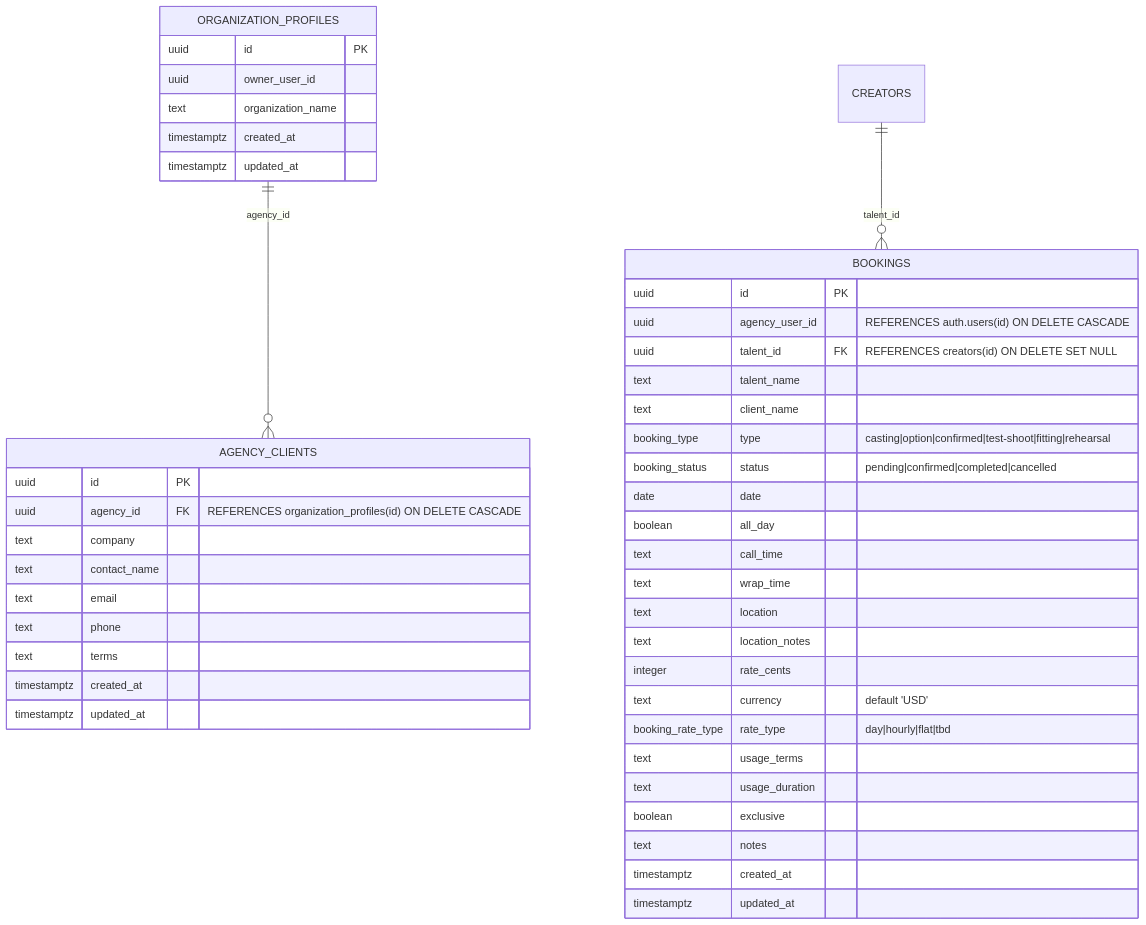
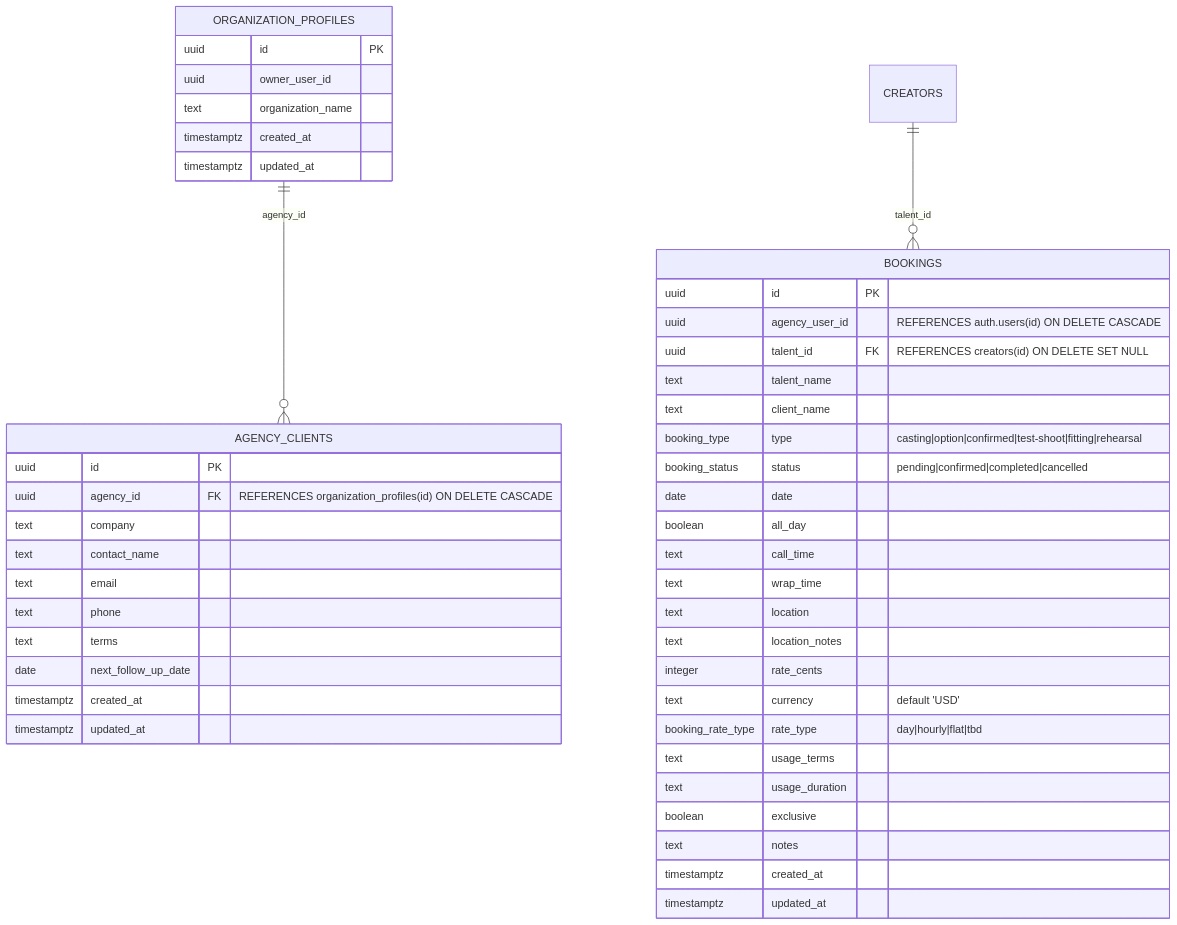
The second of 4 diagrams in docs/er-diagram.md (ADORSYS-GIS/likelee-ai), drawn with Mermaid before and after one commit. The commit also changed other lines of this file and 21 other files, not shown here.

Commit message:
feat: Centralize error handling with new backend sanitization and frontend parsing, fix missing `next_follow_up_date` column, and refine API client paths.

````diff
--- a/docs/er-diagram.md
+++ b/docs/er-diagram.md
@@ -348,50 +348,51 @@
 ```mermaid
 erDiagram
   ORGANIZATION_PROFILES {
     uuid id PK
     uuid owner_user_id
     text organization_name
     timestamptz created_at
     timestamptz updated_at
   }
 
   AGENCY_CLIENTS {
     uuid id PK
     uuid agency_id FK "REFERENCES organization_profiles(id) ON DELETE CASCADE"
     text company
     text contact_name
     text email
     text phone
     text terms
+    date next_follow_up_date
     timestamptz created_at
     timestamptz updated_at
   }
 
   BOOKINGS {
     uuid id PK
     uuid agency_user_id "REFERENCES auth.users(id) ON DELETE CASCADE"
     uuid talent_id FK "REFERENCES creators(id) ON DELETE SET NULL"
     text talent_name
     text client_name
     booking_type type "casting|option|confirmed|test-shoot|fitting|rehearsal"
     booking_status status "pending|confirmed|completed|cancelled"
     date date
     boolean all_day
     text call_time
     text wrap_time
     text location
     text location_notes
     integer rate_cents
     text currency "default 'USD'"
     booking_rate_type rate_type "day|hourly|flat|tbd"
     text usage_terms
     text usage_duration
     boolean exclusive
     text notes
     timestamptz created_at
     timestamptz updated_at
   }
 
   ORGANIZATION_PROFILES ||--o{ AGENCY_CLIENTS : agency_id
   CREATORS ||--o{ BOOKINGS : talent_id
 ```
````
